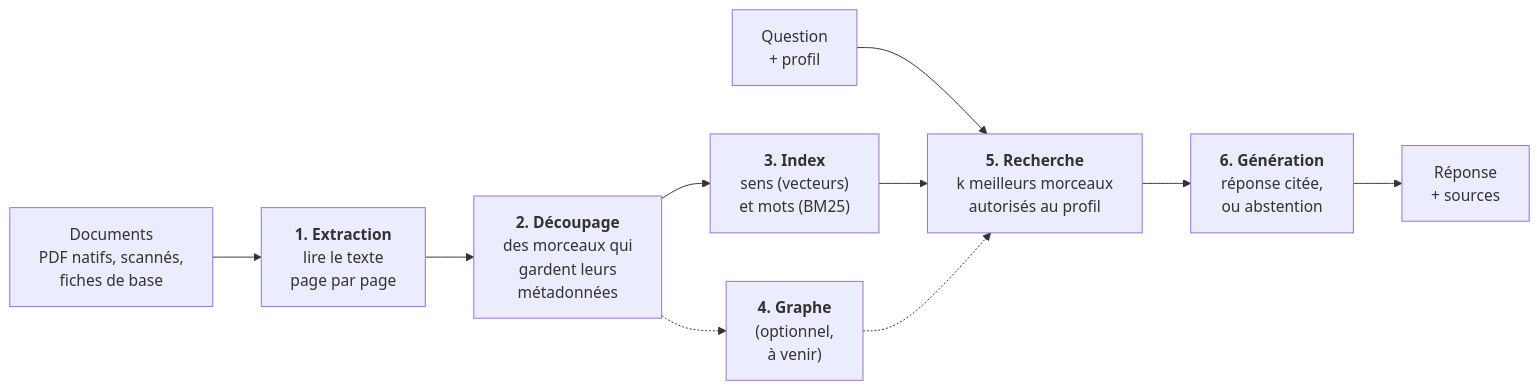
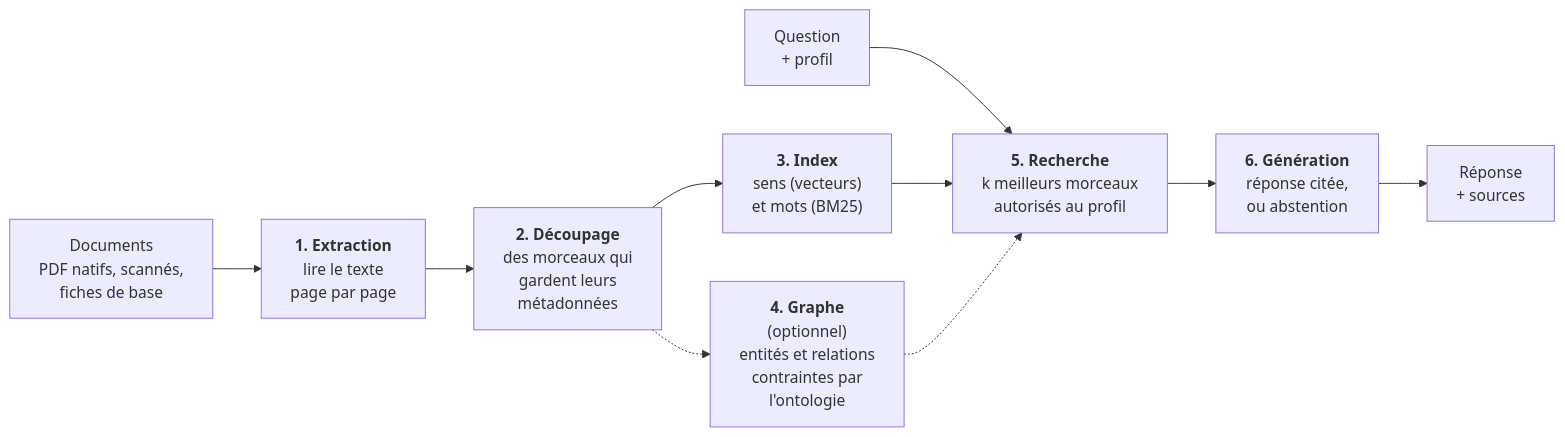
Before and after one commit to floSa/RAG-Evaluation: the first of 3 diagrams in rag/documentation/guide_du_graphrag.md, drawn with Mermaid. The commit also changed other lines of this file, not shown here.

Commit message:
Guide du GraphRAG : l'étape 4, le graphe optionnel

````diff
--- a/rag/documentation/guide_du_graphrag.md
+++ b/rag/documentation/guide_du_graphrag.md
@@ -5,12 +5,12 @@
 ```mermaid
 flowchart LR
     D["Documents<br/>PDF natifs, scannés,<br/>fiches de base"] --> E1["<b>1. Extraction</b><br/>lire le texte<br/>page par page"]
     E1 --> E2["<b>2. Découpage</b><br/>des morceaux qui<br/>gardent leurs<br/>métadonnées"]
     E2 --> E3["<b>3. Index</b><br/>sens (vecteurs)<br/>et mots (BM25)"]
-    E2 -.-> E4["<b>4. Graphe</b><br/>(optionnel,<br/>à venir)"]
+    E2 -.-> E4["<b>4. Graphe</b><br/>(optionnel)<br/>entités et relations<br/>contraintes par<br/>l'ontologie"]
     Q["Question<br/>+ profil"] --> E5["<b>5. Recherche</b><br/>k meilleurs morceaux<br/>autorisés au profil"]
     E3 --> E5
     E4 -.-> E5
     E5 --> E6["<b>6. Génération</b><br/>réponse citée,<br/>ou abstention"]
     E6 --> R["Réponse<br/>+ sources"]
 ```
````
